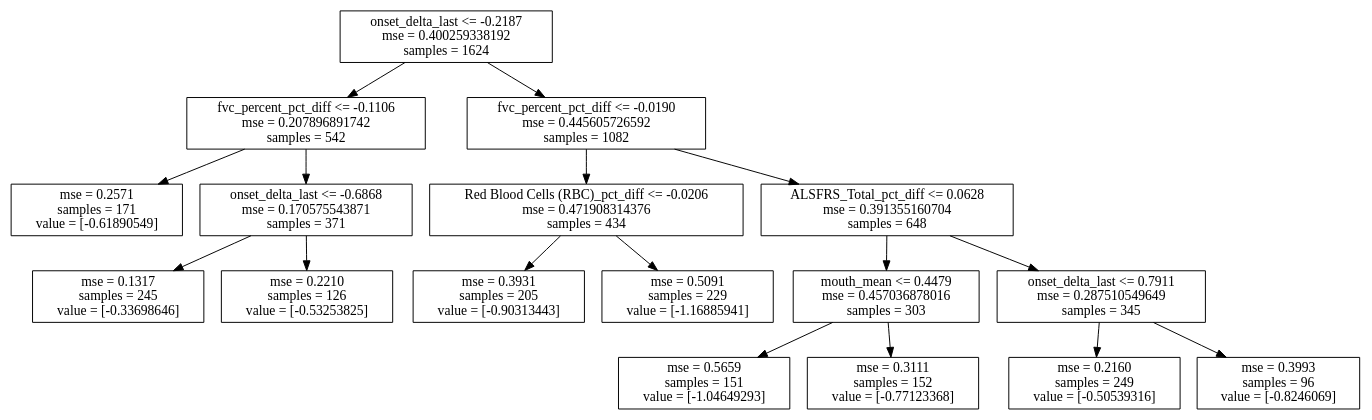
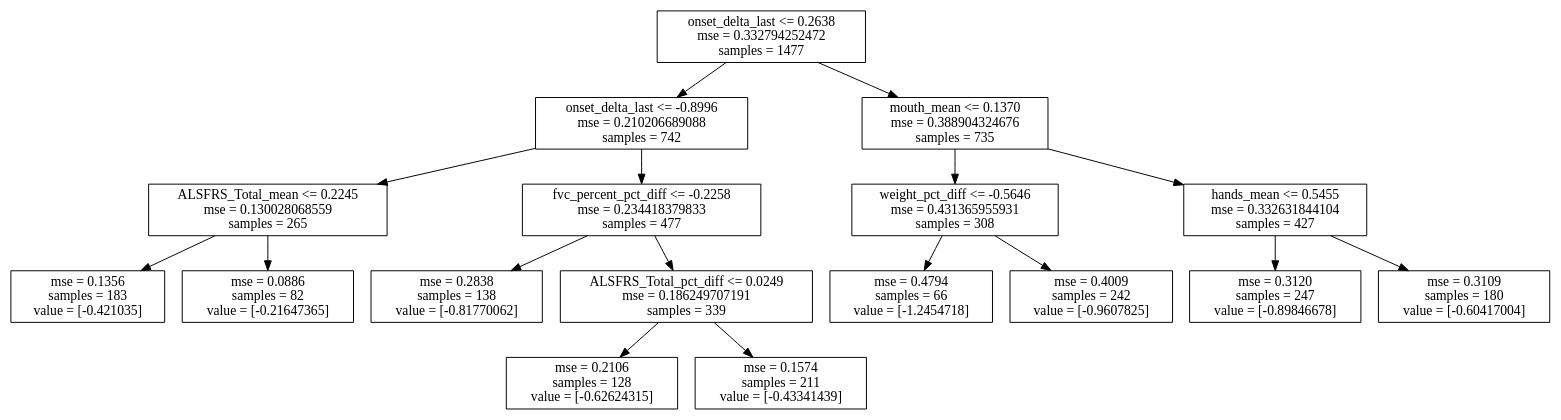
The diagram in tree.dot (ihadanny/turbulence-z-team), drawn with Graphviz before and after one commit. The commit also changed 65 other files, not shown here.

```diff
--- a/tree.dot
+++ b/tree.dot
@@ -1,35 +1,35 @@
 digraph Tree {
-0 [label="onset_delta_last <= -0.2187\nmse = 0.400259338192\nsamples = 1624", shape="box"] ;
-1 [label="fvc_percent_pct_diff <= -0.1106\nmse = 0.207896891742\nsamples = 542", shape="box"] ;
+0 [label="onset_delta_last <= 0.2638\nmse = 0.332794252472\nsamples = 1477", shape="box"] ;
+1 [label="onset_delta_last <= -0.8996\nmse = 0.210206689088\nsamples = 742", shape="box"] ;
 0 -> 1 ;
-2 [label="mse = 0.2571\nsamples = 171\nvalue = [-0.61890549]", shape="box"] ;
+2 [label="ALSFRS_Total_mean <= 0.2245\nmse = 0.130028068559\nsamples = 265", shape="box"] ;
 1 -> 2 ;
-3 [label="onset_delta_last <= -0.6868\nmse = 0.170575543871\nsamples = 371", shape="box"] ;
-1 -> 3 ;
-4 [label="mse = 0.1317\nsamples = 245\nvalue = [-0.33698646]", shape="box"] ;
-3 -> 4 ;
-5 [label="mse = 0.2210\nsamples = 126\nvalue = [-0.53253825]", shape="box"] ;
-3 -> 5 ;
-6 [label="fvc_percent_pct_diff <= -0.0190\nmse = 0.445605726592\nsamples = 1082", shape="box"] ;
-0 -> 6 ;
-7 [label="Red Blood Cells (RBC)_pct_diff <= -0.0206\nmse = 0.471908314376\nsamples = 434", shape="box"] ;
-6 -> 7 ;
-8 [label="mse = 0.3931\nsamples = 205\nvalue = [-0.90313443]", shape="box"] ;
+3 [label="mse = 0.1356\nsamples = 183\nvalue = [-0.421035]", shape="box"] ;
+2 -> 3 ;
+4 [label="mse = 0.0886\nsamples = 82\nvalue = [-0.21647365]", shape="box"] ;
+2 -> 4 ;
+5 [label="fvc_percent_pct_diff <= -0.2258\nmse = 0.234418379833\nsamples = 477", shape="box"] ;
+1 -> 5 ;
+6 [label="mse = 0.2838\nsamples = 138\nvalue = [-0.81770062]", shape="box"] ;
+5 -> 6 ;
+7 [label="ALSFRS_Total_pct_diff <= 0.0249\nmse = 0.186249707191\nsamples = 339", shape="box"] ;
+5 -> 7 ;
+8 [label="mse = 0.2106\nsamples = 128\nvalue = [-0.62624315]", shape="box"] ;
 7 -> 8 ;
-9 [label="mse = 0.5091\nsamples = 229\nvalue = [-1.16885941]", shape="box"] ;
+9 [label="mse = 0.1574\nsamples = 211\nvalue = [-0.43341439]", shape="box"] ;
 7 -> 9 ;
-10 [label="ALSFRS_Total_pct_diff <= 0.0628\nmse = 0.391355160704\nsamples = 648", shape="box"] ;
-6 -> 10 ;
-11 [label="mouth_mean <= 0.4479\nmse = 0.457036878016\nsamples = 303", shape="box"] ;
+10 [label="mouth_mean <= 0.1370\nmse = 0.388904324676\nsamples = 735", shape="box"] ;
+0 -> 10 ;
+11 [label="weight_pct_diff <= -0.5646\nmse = 0.431365955931\nsamples = 308", shape="box"] ;
 10 -> 11 ;
-12 [label="mse = 0.5659\nsamples = 151\nvalue = [-1.04649293]", shape="box"] ;
+12 [label="mse = 0.4794\nsamples = 66\nvalue = [-1.2454718]", shape="box"] ;
 11 -> 12 ;
-13 [label="mse = 0.3111\nsamples = 152\nvalue = [-0.77123368]", shape="box"] ;
+13 [label="mse = 0.4009\nsamples = 242\nvalue = [-0.9607825]", shape="box"] ;
 11 -> 13 ;
-14 [label="onset_delta_last <= 0.7911\nmse = 0.287510549649\nsamples = 345", shape="box"] ;
+14 [label="hands_mean <= 0.5455\nmse = 0.332631844104\nsamples = 427", shape="box"] ;
 10 -> 14 ;
-15 [label="mse = 0.2160\nsamples = 249\nvalue = [-0.50539316]", shape="box"] ;
+15 [label="mse = 0.3120\nsamples = 247\nvalue = [-0.89846678]", shape="box"] ;
 14 -> 15 ;
-16 [label="mse = 0.3993\nsamples = 96\nvalue = [-0.8246069]", shape="box"] ;
+16 [label="mse = 0.3109\nsamples = 180\nvalue = [-0.60417004]", shape="box"] ;
 14 -> 16 ;
 }
```
